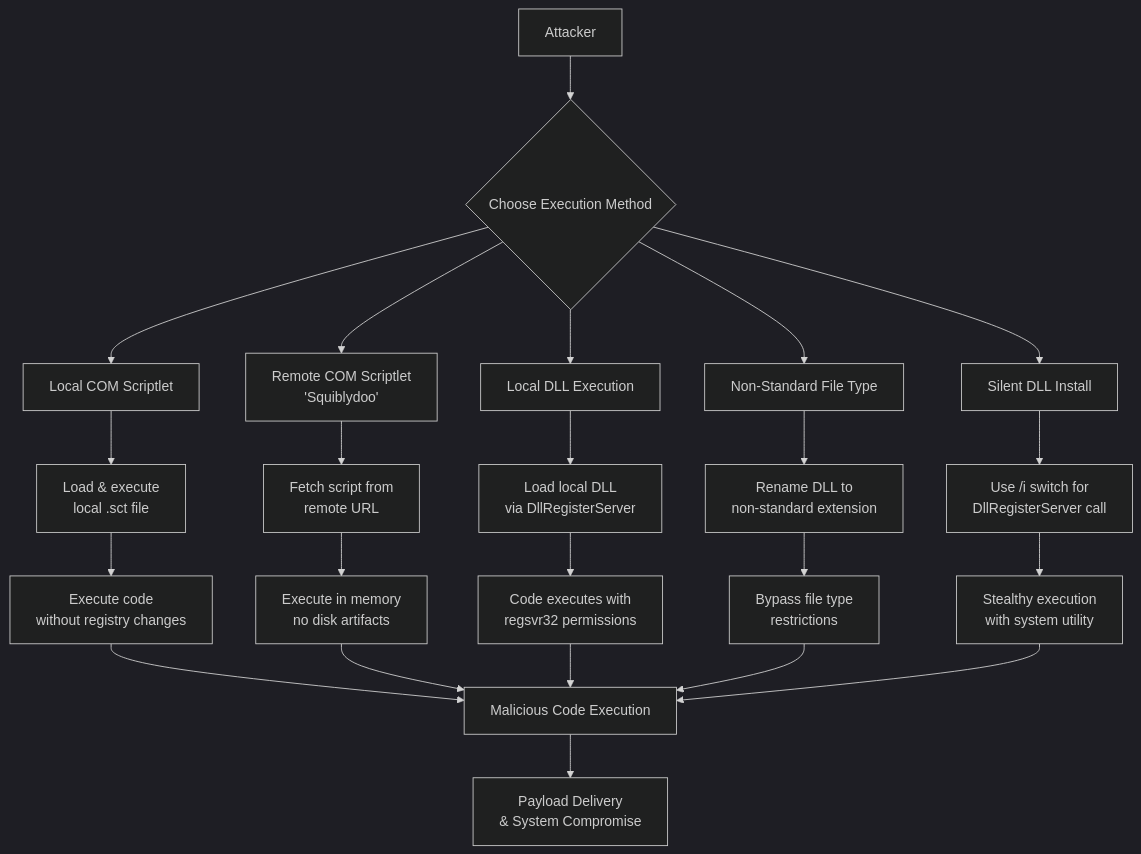
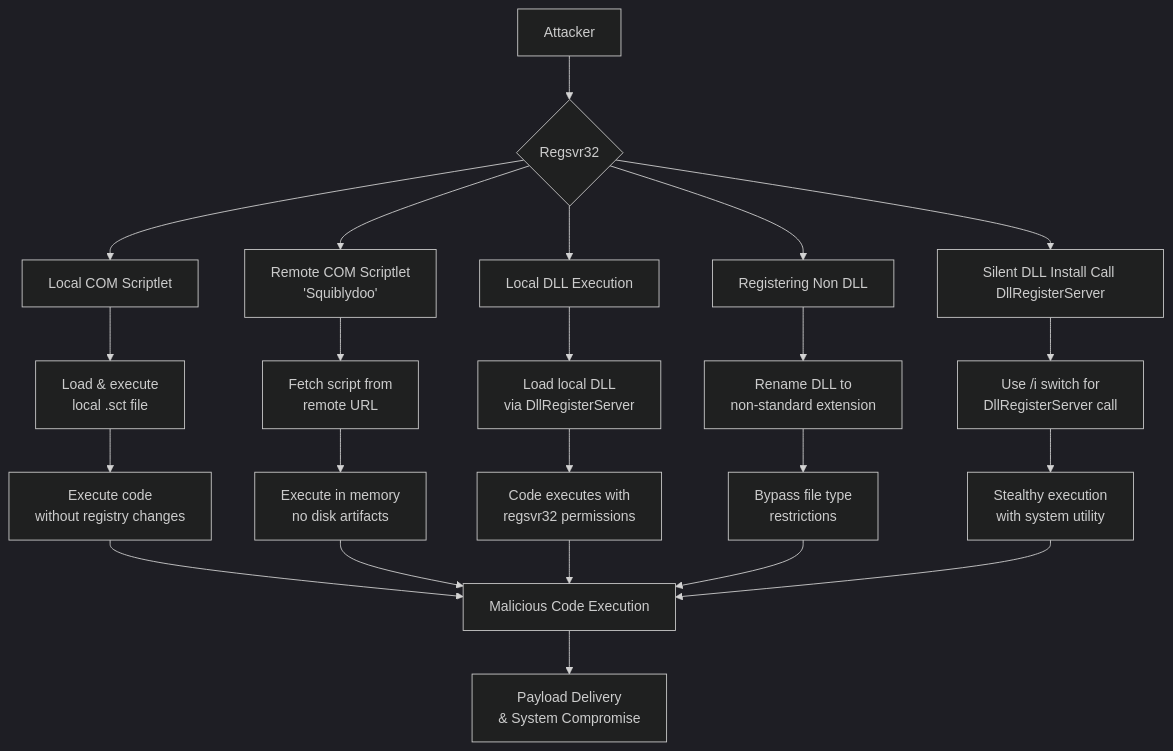
Before and after one commit to khaireddinechebbi/APTs-Detection-Framework: the diagram in SigmaRules/Defense Evasion/T1218.010/README.md, drawn with Mermaid (dark theme).

Commit message:
Update Diagram

````diff
--- a/SigmaRules/Defense Evasion/T1218.010/README.md
+++ b/SigmaRules/Defense Evasion/T1218.010/README.md
@@ -16,32 +16,32 @@
 ```mermaid
 flowchart TD
-    A[Attacker] --> B{Choose Execution Method}
+    A[Attacker] --> B{Regsvr32}
     
     B --> C[Local COM Scriptlet]
     C --> C1[Load & execute<br>local .sct file]
     C1 --> C2[Execute code<br>without registry changes]
     
     B --> D[Remote COM Scriptlet<br>'Squiblydoo']
     D --> D1[Fetch script from<br>remote URL]
     D1 --> D2[Execute in memory<br>no disk artifacts]
     
     B --> E[Local DLL Execution]
     E --> E1[Load local DLL<br>via DllRegisterServer]
     E1 --> E2[Code executes with<br>regsvr32 permissions]
     
-    B --> F[Non-Standard File Type]
+    B --> F[Registering Non DLL]
     F --> F1[Rename DLL to<br>non-standard extension]
     F1 --> F2[Bypass file type<br>restrictions]
     
-    B --> G[Silent DLL Install]
+    B --> G[Silent DLL Install Call DllRegisterServer]
     G --> G1[Use /i switch for<br>DllRegisterServer call]
     G1 --> G2[Stealthy execution<br>with system utility]
     
     C2 --> H[Malicious Code Execution]
     D2 --> H
     E2 --> H
     F2 --> H
     G2 --> H
     
     H --> I[Payload Delivery<br>& System Compromise]
 ```
````
